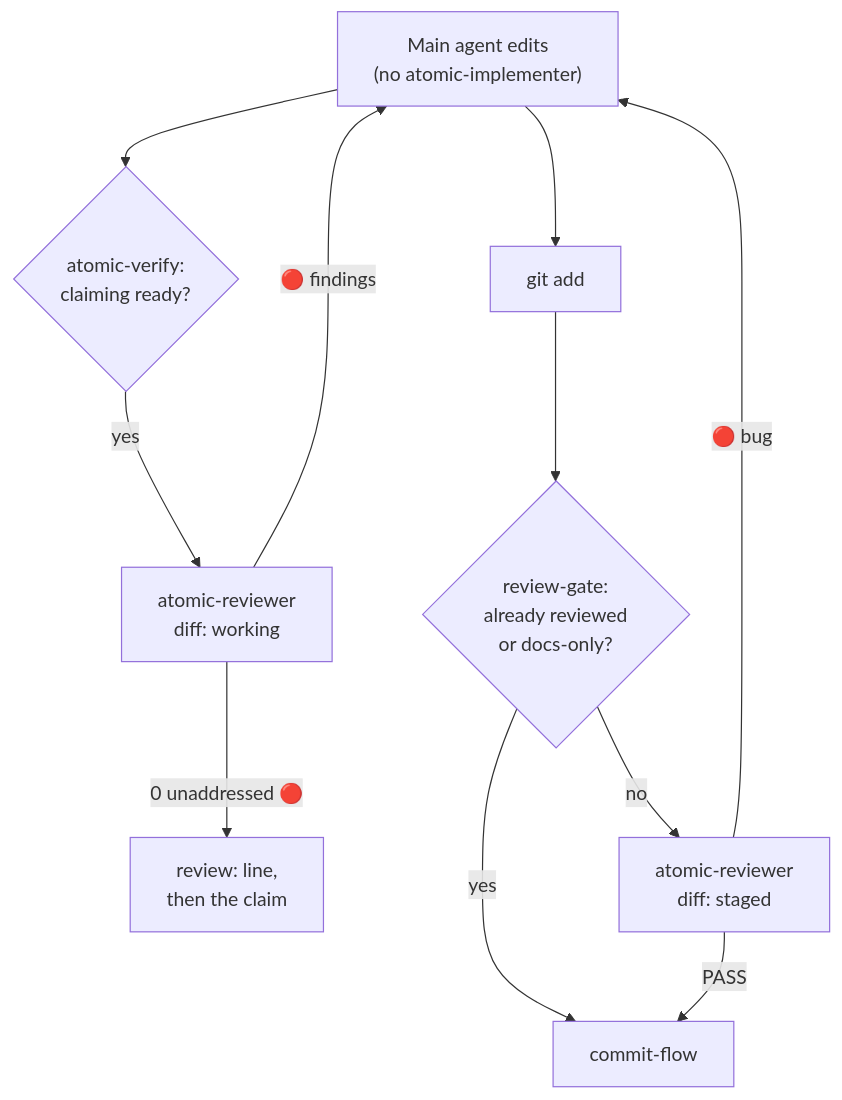
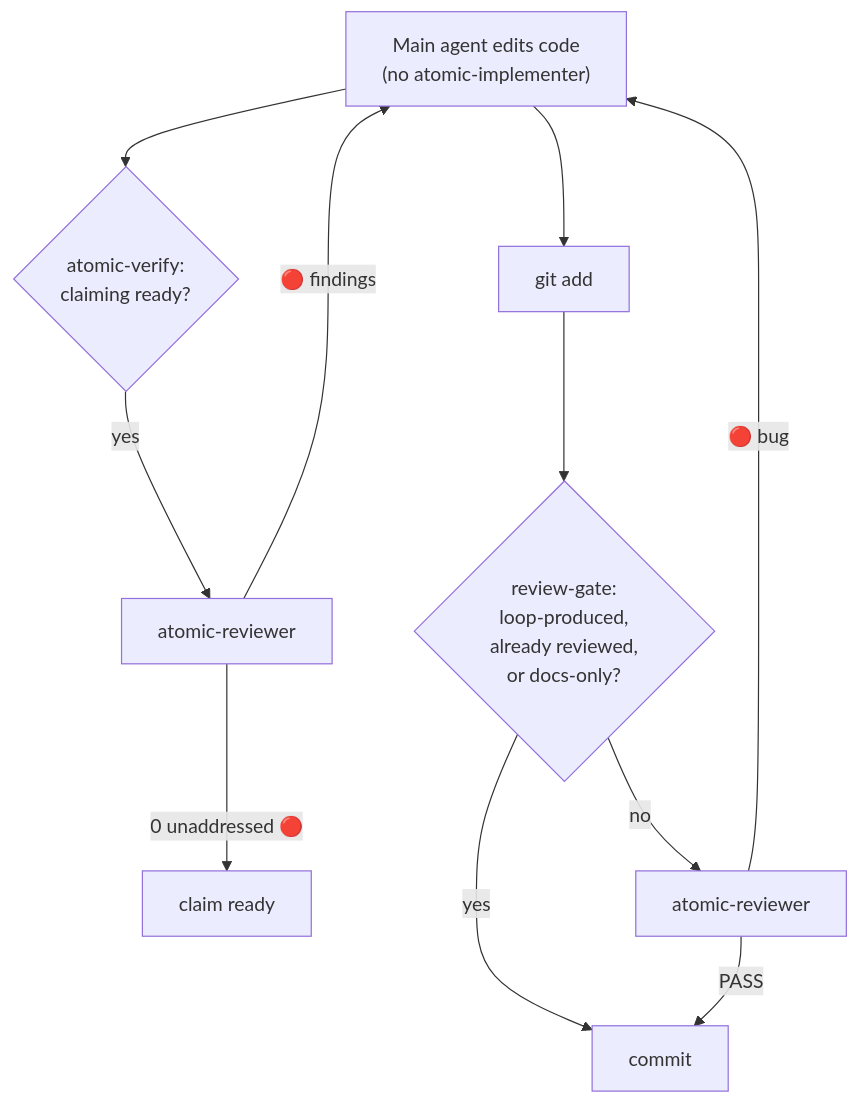
Before and after one commit to damusix/atomic-claude: the fifth of 12 diagrams in docs/wiki/workflow.md, drawn with Mermaid. The commit also changed other lines of this file and 795 other files, not shown here.

First line of the commit message:
feat!: run Atomic on Claude Code, OMP, and Codex

````diff
--- a/docs/wiki/workflow.md
+++ b/docs/wiki/workflow.md
@@ -143,14 +136,13 @@
 ```mermaid
 flowchart TD
-    %% source: context/CLAUDE.md, context/skills/atomic-verify/SKILL.md, context/_partials/review-gate.md
-    E["Main agent edits<br/>(no atomic-implementer)"] --> V{"atomic-verify:<br/>claiming ready?"}
-    V -->|yes| R1["atomic-reviewer<br/>diff: working"]
-    R1 -->|0 unaddressed 🔴| Ready["review: line,<br/>then the claim"]
+    E["Main agent edits code<br/>(no atomic-implementer)"] --> V{"atomic-verify:<br/>claiming ready?"}
+    V -->|yes| R1["atomic-reviewer"]
+    R1 -->|0 unaddressed 🔴| Ready["claim ready"]
     R1 -->|🔴 findings| E
     E --> S["git add"]
-    S --> G{"review-gate:<br/>already reviewed<br/>or docs-only?"}
-    G -->|no| R2["atomic-reviewer<br/>diff: staged"]
-    G -->|yes| Commit["commit-flow"]
+    S --> G{"review-gate:<br/>loop-produced,<br/>already reviewed,<br/>or docs-only?"}
+    G -->|no| R2["atomic-reviewer"]
+    G -->|yes| Commit["commit"]
     R2 -->|PASS| Commit
     R2 -->|🔴 bug| E
 ```
````
